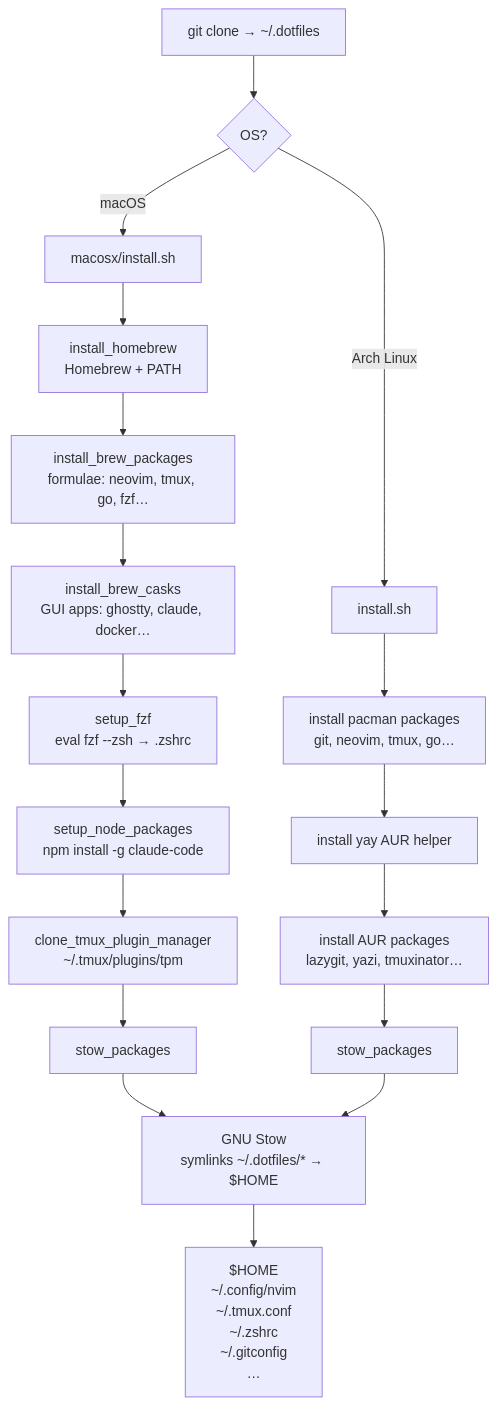
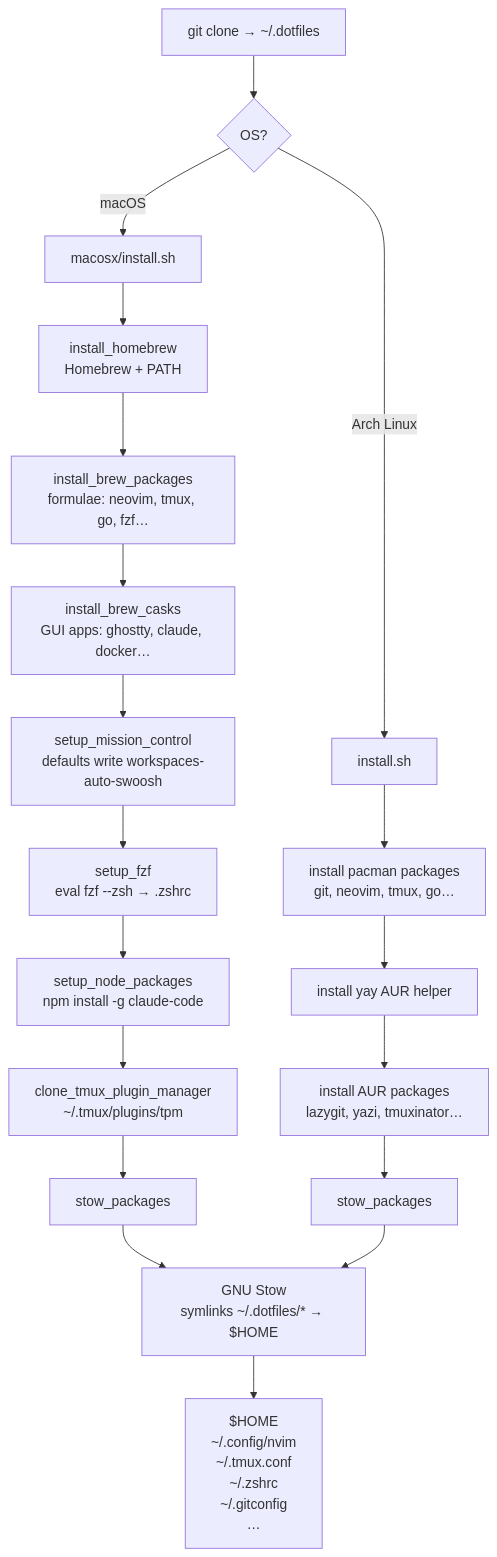
Before and after one commit to danyelaristizabal/.dotfiles: the diagram in README.md, drawn with Mermaid. The commit also changed other lines of this file, not shown here.

````diff
--- a/README.md
+++ b/README.md
@@ -7,25 +7,26 @@
 ```mermaid
 flowchart TD
     CLONE["git clone → ~/.dotfiles"] --> OS{OS?}
 
     OS -->|macOS| MAC["macosx/install.sh"]
     OS -->|Arch Linux| ARCH["install.sh"]
 
     MAC --> BREW["install_homebrew\nHomebrew + PATH"]
     BREW --> PKGS["install_brew_packages\nformulae: neovim, tmux, go, fzf…"]
     PKGS --> CASKS["install_brew_casks\nGUI apps: ghostty, claude, docker…"]
-    CASKS --> FZF["setup_fzf\neval fzf --zsh → .zshrc"]
+    CASKS --> MC["setup_mission_control\ndefaults write workspaces-auto-swoosh"]
+    MC --> FZF["setup_fzf\neval fzf --zsh → .zshrc"]
     FZF --> NPM["setup_node_packages\nnpm install -g claude-code"]
     NPM --> TPM["clone_tmux_plugin_manager\n~/.tmux/plugins/tpm"]
     TPM --> STOW_MAC["stow_packages"]
 
     ARCH --> PACMAN["install pacman packages\ngit, neovim, tmux, go…"]
     PACMAN --> YAY["install yay AUR helper"]
     YAY --> AUR["install AUR packages\nlazygit, yazi, tmuxinator…"]
     AUR --> STOW_ARCH["stow_packages"]
 
     STOW_MAC --> STOW["GNU Stow\nsymlinks ~/.dotfiles/* → $HOME"]
     STOW_ARCH --> STOW
 
     STOW --> HOME["$HOME\n~/.config/nvim\n~/.tmux.conf\n~/.zshrc\n~/.gitconfig\n…"]
 ```
````
